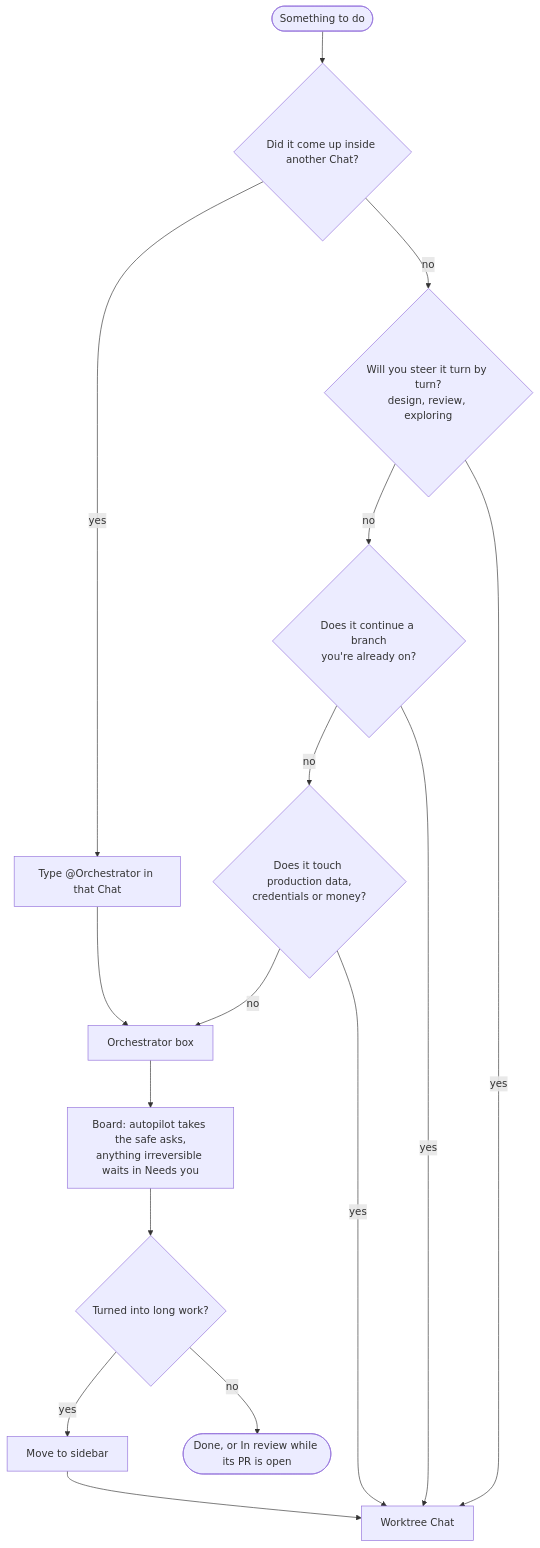
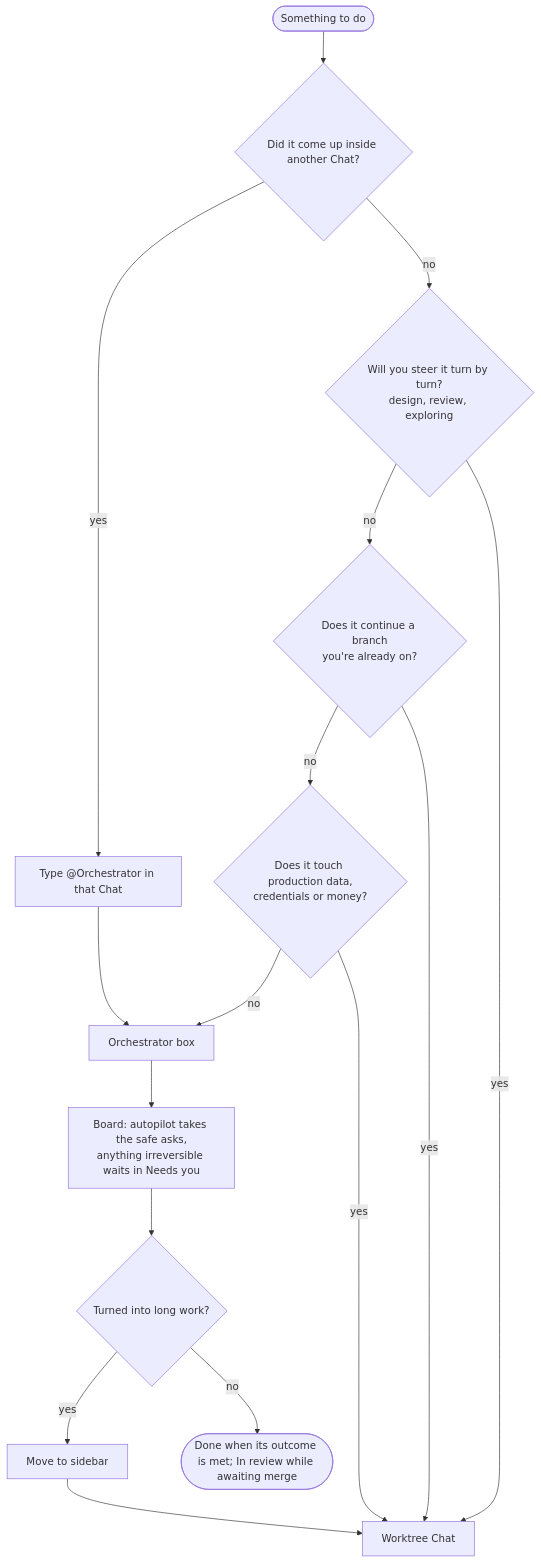
Before and after one commit to the-ptf/milagre: the diagram in docs/orchestrator.md, drawn with Mermaid. The commit also changed other lines of this file and 21 other files, not shown here.

````diff
--- a/docs/orchestrator.md
+++ b/docs/orchestrator.md
@@ -51,17 +68,17 @@
 ```mermaid
 flowchart TD
   start([Something to do]) --> mid{Did it come up inside another Chat?}
   mid -- yes --> mention["Type @Orchestrator in that Chat"]
   mid -- no --> steer{Will you steer it turn by turn?<br/>design, review, exploring}
   steer -- yes --> chat["Worktree Chat"]
   steer -- no --> branch{Does it continue a branch<br/>you're already on?}
   branch -- yes --> chat
   branch -- no --> careful{Does it touch production data,<br/>credentials or money?}
   careful -- yes --> chat
   careful -- no --> orch["Orchestrator box"]
   mention --> orch
   orch --> board["Board: autopilot takes the safe asks,<br/>anything irreversible waits in Needs you"]
   board --> grows{Turned into long work?}
   grows -- yes --> move["Move to sidebar"] --> chat
-  grows -- no --> done([Done, or In review while its PR is open])
+  grows -- no --> done([Done when its outcome is met; In review while awaiting merge])
 ```
````
